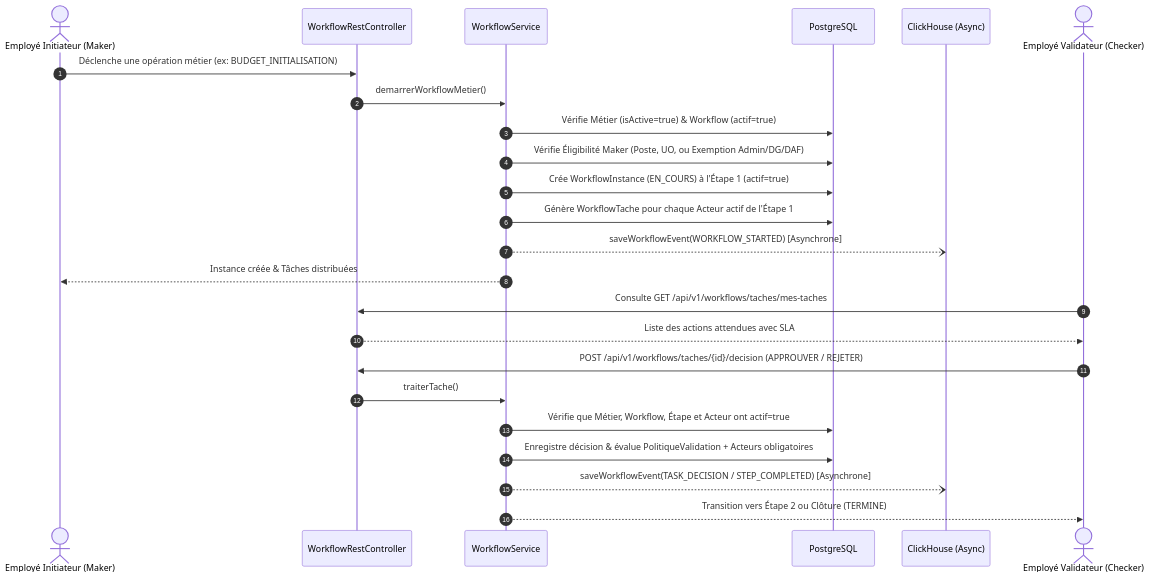
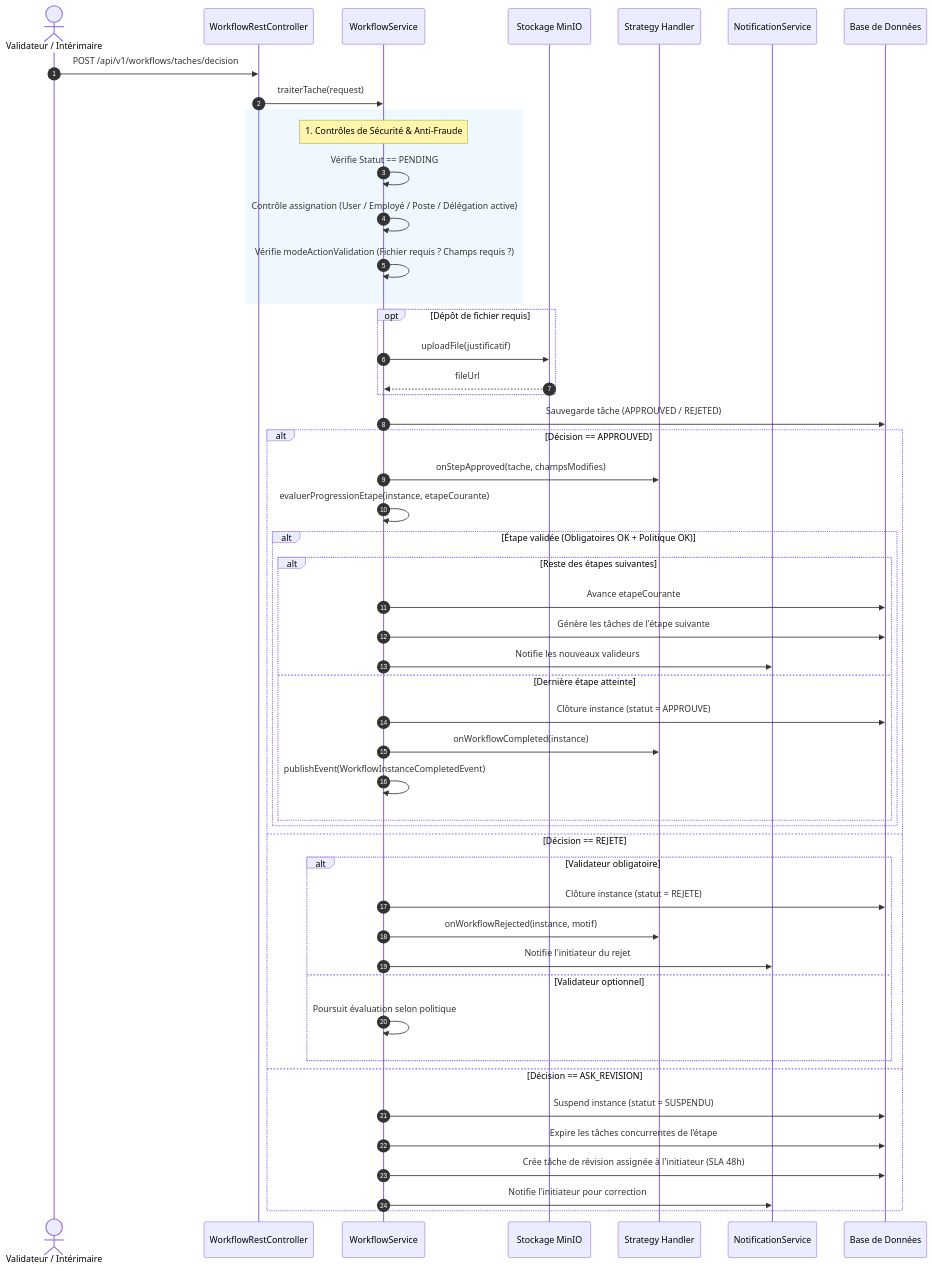
The third of 4 diagrams in WORKFLOW_VISION_ET_ARCHITECTURE.md (blingard/sodepa_backend), drawn with Mermaid before and after one commit. The commit also changed other lines of this file and 143 other files, not shown here.

First line of the commit message:
feat(workflow): convergence universelle du moteur de workflow et resolution complete des ecarts D1-D12

````diff
--- a/WORKFLOW_VISION_ET_ARCHITECTURE.md
+++ b/WORKFLOW_VISION_ET_ARCHITECTURE.md
@@ -90,28 +142,57 @@
 ```mermaid
 sequenceDiagram
     autonumber
-    actor Maker as Employé Initiateur (Maker)
+    actor Validateur as Validateur / Intérimaire
     participant API as WorkflowRestController
     participant Svc as WorkflowService
-    participant DB as PostgreSQL
-    participant CH as ClickHouse (Async)
-    actor Checker as Employé Validateur (Checker)
+    participant MinIO as Stockage MinIO
+    participant Handler as Strategy Handler
+    participant Notif as NotificationService
+    participant DB as Base de Données
 
-    Maker->>API: Déclenche une opération métier (ex: BUDGET_INITIALISATION)
-    API->>Svc: demarrerWorkflowMetier()
-    Svc->>DB: Vérifie Métier (isActive=true) & Workflow (actif=true)
-    Svc->>DB: Vérifie Éligibilité Maker (Poste, UO, ou Exemption Admin/DG/DAF)
-    Svc->>DB: Crée WorkflowInstance (EN_COURS) à l'Étape 1 (actif=true)
-    Svc->>DB: Génère WorkflowTache pour chaque Acteur actif de l'Étape 1
-    Svc--)CH: saveWorkflowEvent(WORKFLOW_STARTED) [Asynchrone]
-    Svc-->>Maker: Instance créée & Tâches distribuées
+    Validateur->>API: POST /api/v1/workflows/taches/decision
+    API->>Svc: traiterTache(request)
+    
+    rect rgb(240, 248, 255)
+        Note over Svc: 1. Contrôles de Sécurité & Anti-Fraude
+        Svc->>Svc: Vérifie Statut == PENDING
+        Svc->>Svc: Contrôle assignation (User / Employé / Poste / Délégation active)
+        Svc->>Svc: Vérifie modeActionValidation (Fichier requis ? Champs requis ?)
+    end
 
-    Checker->>API: Consulte GET /api/v1/workflows/taches/mes-taches
-    API-->>Checker: Liste des actions attendues avec SLA
-    Checker->>API: POST /api/v1/workflows/taches/{id}/decision (APPROUVER / REJETER)
-    API->>Svc: traiterTache()
-    Svc->>DB: Vérifie que Métier, Workflow, Étape et Acteur ont actif=true
-    Svc->>DB: Enregistre décision & évalue PolitiqueValidation + Acteurs obligatoires
-    Svc--)CH: saveWorkflowEvent(TASK_DECISION / STEP_COMPLETED) [Asynchrone]
-    Svc-->>Checker: Transition vers Étape 2 ou Clôture (TERMINE)
+    opt Dépôt de fichier requis
+        Svc->>MinIO: uploadFile(justificatif)
+        MinIO-->>Svc: fileUrl
+    end
+
+    Svc->>DB: Sauvegarde tâche (APPROUVED / REJETED)
+
+    alt Décision == APPROUVED
+        Svc->>Handler: onStepApproved(tache, champsModifies)
+        Svc->>Svc: evaluerProgressionEtape(instance, etapeCourante)
+        alt Étape validée (Obligatoires OK + Politique OK)
+            alt Reste des étapes suivantes
+                Svc->>DB: Avance etapeCourante
+                Svc->>DB: Génère les tâches de l'étape suivante
+                Svc->>Notif: Notifie les nouveaux valideurs
+            else Dernière étape atteinte
+                Svc->>DB: Clôture instance (statut = APPROUVE)
+                Svc->>Handler: onWorkflowCompleted(instance)
+                Svc->>Svc: publishEvent(WorkflowInstanceCompletedEvent)
+            end
+        end
+    else Décision == REJETE
+        alt Validateur obligatoire
+            Svc->>DB: Clôture instance (statut = REJETE)
+            Svc->>Handler: onWorkflowRejected(instance, motif)
+            Svc->>Notif: Notifie l'initiateur du rejet
+        else Validateur optionnel
+            Svc->>Svc: Poursuit évaluation selon politique
+        end
+    else Décision == ASK_REVISION
+        Svc->>DB: Suspend instance (statut = SUSPENDU)
+        Svc->>DB: Expire les tâches concurrentes de l'étape
+        Svc->>DB: Crée tâche de révision assignée à l'initiateur (SLA 48h)
+        Svc->>Notif: Notifie l'initiateur pour correction
+    end
 ```
````
